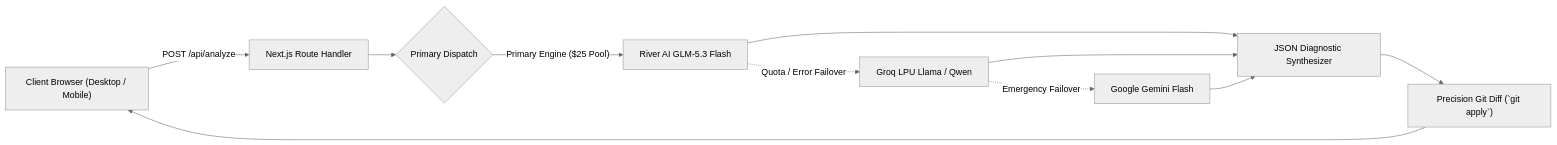
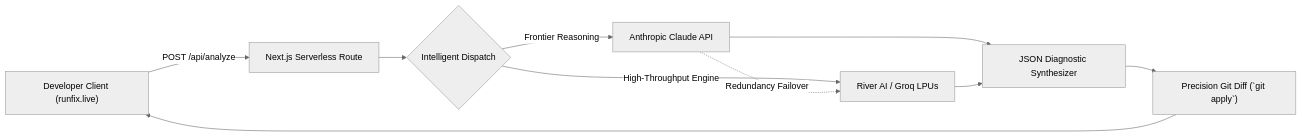
One commit to Ahmad-glowex/tracelens-ai changed the diagram in README.md. Above: the diagram before and after it, drawn with Mermaid (neutral theme). The commit also changed other lines of this file and 4 other files, not shown here.

Commit message:
feat: integrate Claude frontier model options, add founder@runfix.live contact across pages, and update README

````diff
--- a/README.md
+++ b/README.md
@@ -42,13 +42,12 @@
 ```mermaid
 flowchart LR
-    A["Client Browser (Desktop / Mobile)"] -->|"POST /api/analyze"| B["Next.js Route Handler"]
-    B --> C{"Primary Dispatch"}
-    C -->|"Primary Engine ($25 Pool)"| D["River AI GLM-5.3 Flash"]
-    D -.->|"Quota / Error Failover"| E["Groq LPU Llama / Qwen"]
-    E -.->|"Emergency Failover"| F["Google Gemini Flash"]
-    D --> G["JSON Diagnostic Synthesizer"]
-    E --> G
-    F --> G
-    G --> H["Precision Git Diff (`git apply`)"]
-    H --> A
+    A["Developer Client (runfix.live)"] -->|"POST /api/analyze"| B["Next.js Serverless Route"]
+    B --> C{"Intelligent Dispatch"}
+    C -->|"Frontier Reasoning"| D["Anthropic Claude API"]
+    C -->|"High-Throughput Engine"| E["River AI / Groq LPUs"]
+    D -.->|"Redundancy Failover"| E
+    D --> F["JSON Diagnostic Synthesizer"]
+    E --> F
+    F --> G["Precision Git Diff (`git apply`)"]
+    G --> A
 ```
````
